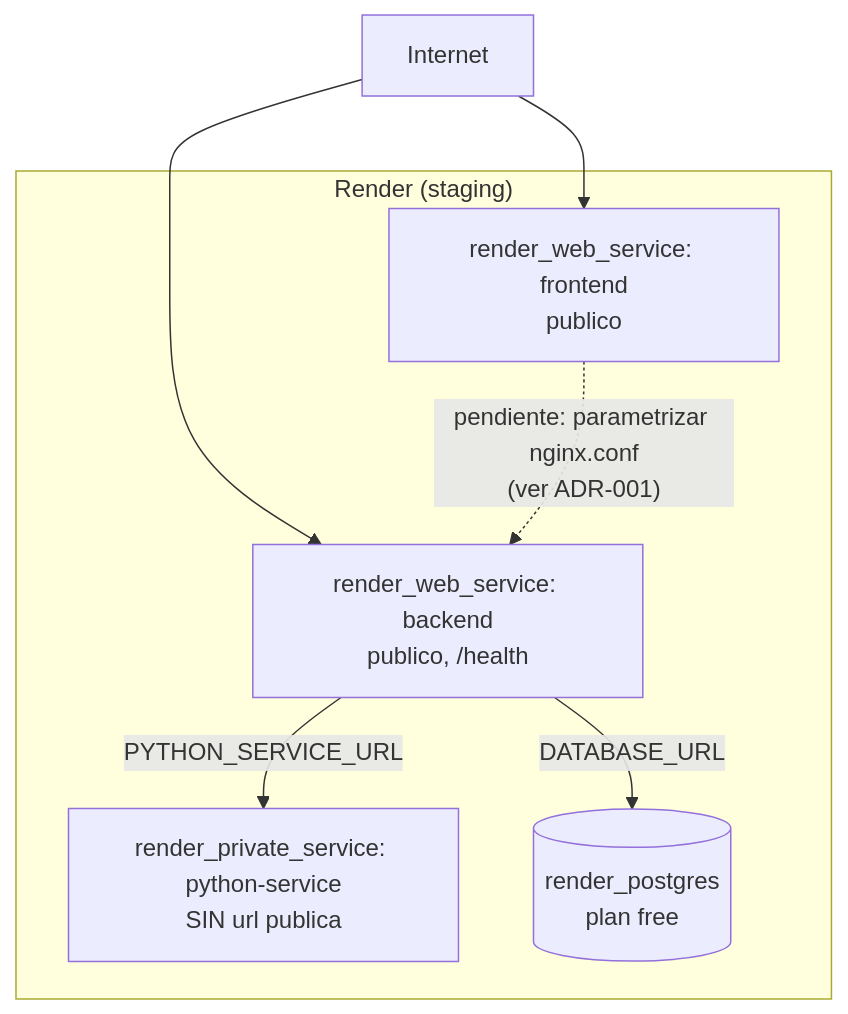
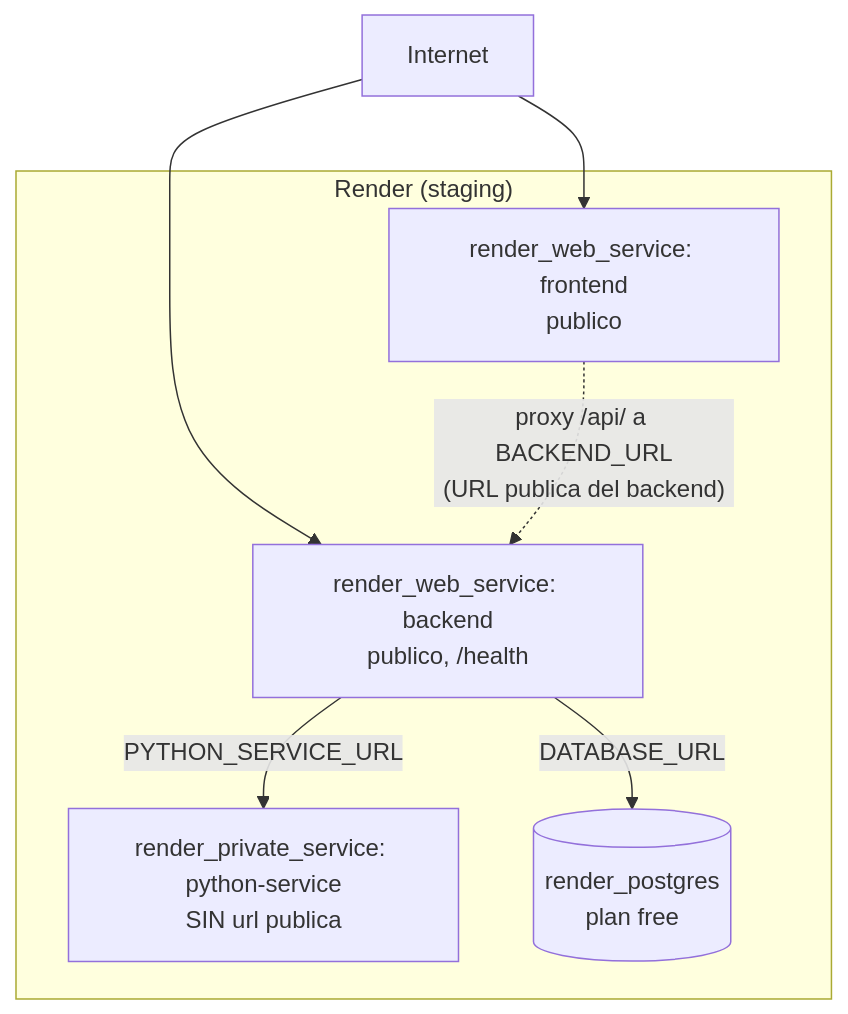
One commit to JanHH16/MenuSmart changed the fourth of 4 diagrams in docs/architecture.md. Above: the diagram before and after it, drawn with Mermaid. The commit also changed 18 other files, not shown here.

````diff
--- a/docs/architecture.md
+++ b/docs/architecture.md
@@ -96,15 +96,15 @@
 ```mermaid
 flowchart TB
     subgraph Render["Render (staging)"]
         FrontendSvc["render_web_service: frontend<br/>publico"]
         BackendSvc["render_web_service: backend<br/>publico, /health"]
         PythonSvc["render_private_service: python-service<br/>SIN url publica"]
         PostgresSvc[("render_postgres<br/>plan free")]
     end
 
     Internet["Internet"] --> FrontendSvc
     Internet --> BackendSvc
-    FrontendSvc -.->|"pendiente: parametrizar nginx.conf<br/>(ver ADR-001)"| BackendSvc
+    FrontendSvc -.->|"proxy /api/ a BACKEND_URL<br/>(URL publica del backend)"| BackendSvc
     BackendSvc -->|"DATABASE_URL"| PostgresSvc
     BackendSvc -->|"PYTHON_SERVICE_URL"| PythonSvc
 ```
````
